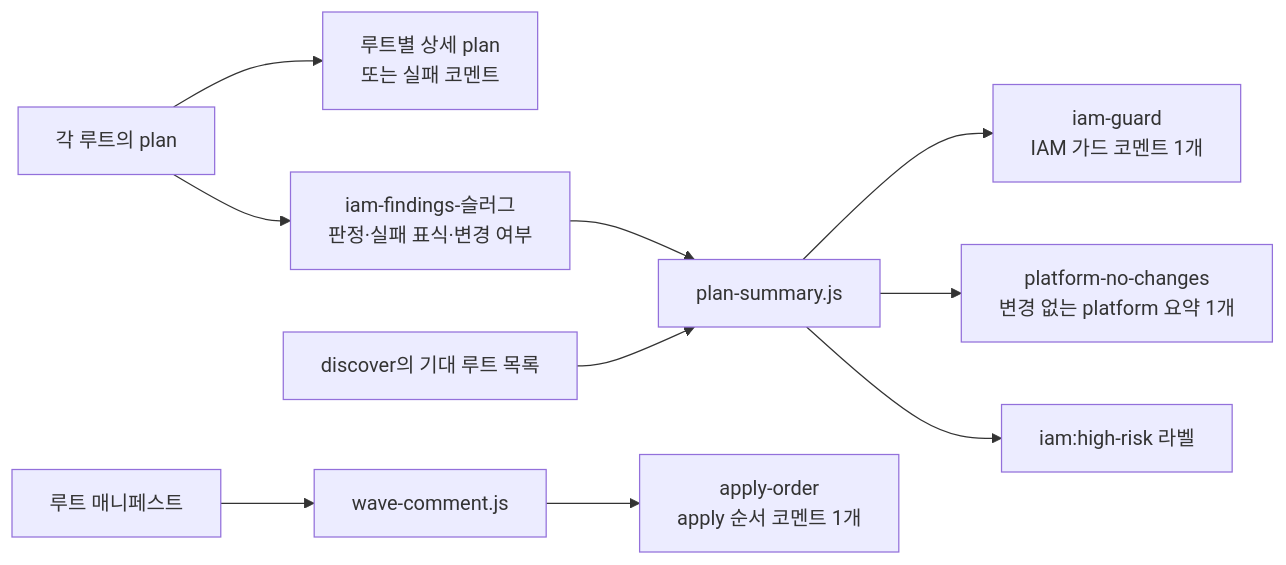
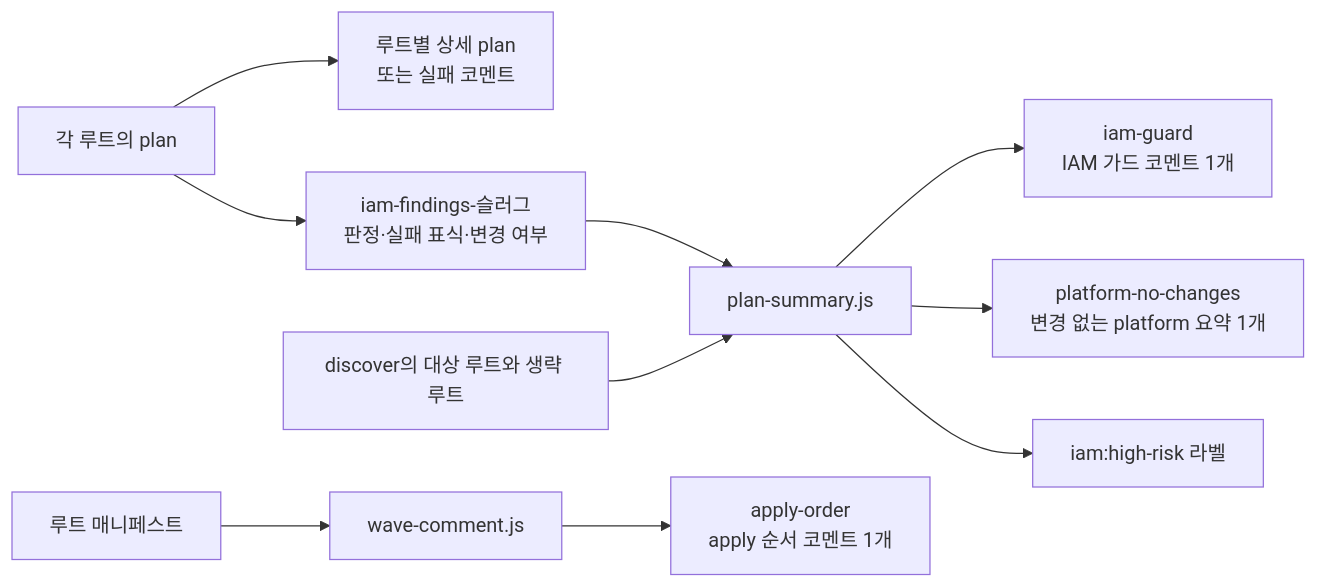
One commit to kintoun-secops/kintoun-infra changed the second of 2 diagrams in docs/ci/plan.md. Above: the diagram before and after it, drawn with Mermaid. The commit also changed other lines of this file and 16 other files, not shown here.

````diff
--- a/docs/ci/plan.md
+++ b/docs/ci/plan.md
@@ -72,12 +107,12 @@
 ```mermaid
 flowchart LR
     Root["각 루트의 plan"] --> Detail["루트별 상세 plan<br/>또는 실패 코멘트"]
     Root --> Artifact["iam-findings-슬러그<br/>판정·실패 표식·변경 여부"]
     Artifact --> Summary["plan-summary.js"]
-    Expected["discover의 기대 루트 목록"] --> Summary
+    Expected["discover의 대상 루트와 생략 루트"] --> Summary
     Summary --> IAM["iam-guard<br/>IAM 가드 코멘트 1개"]
     Summary --> Platform["platform-no-changes<br/>변경 없는 platform 요약 1개"]
     Summary --> Label["iam:high-risk 라벨"]
     Manifest["루트 매니페스트"] --> Wave["wave-comment.js"]
     Wave --> Order["apply-order<br/>apply 순서 코멘트 1개"]
 ```
````
